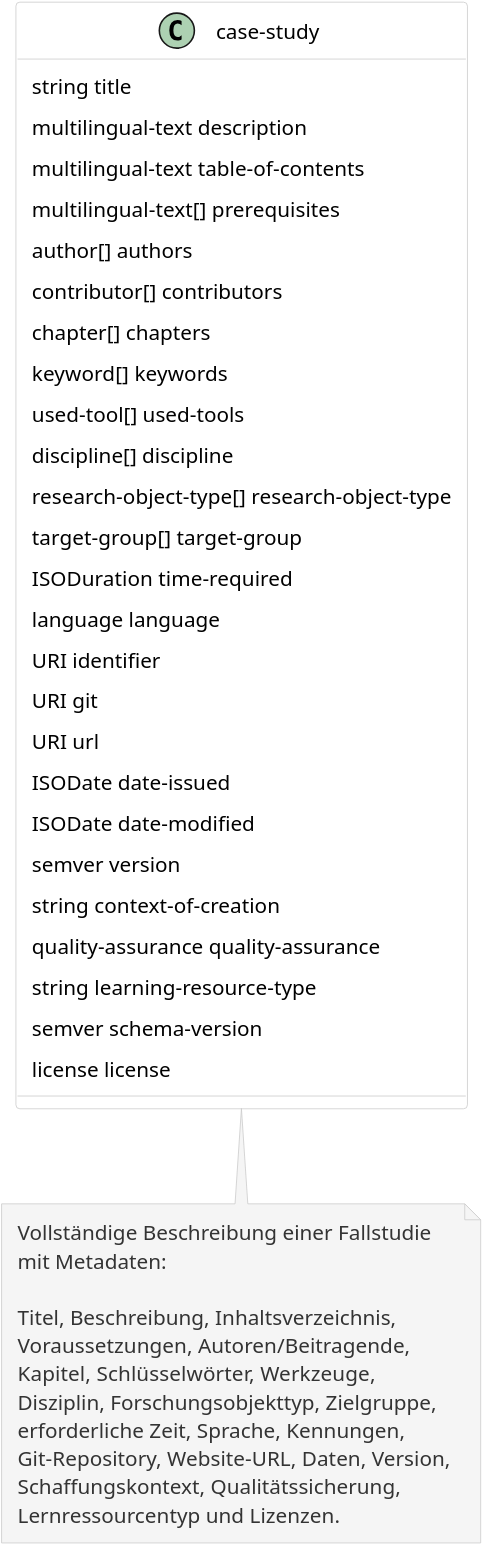
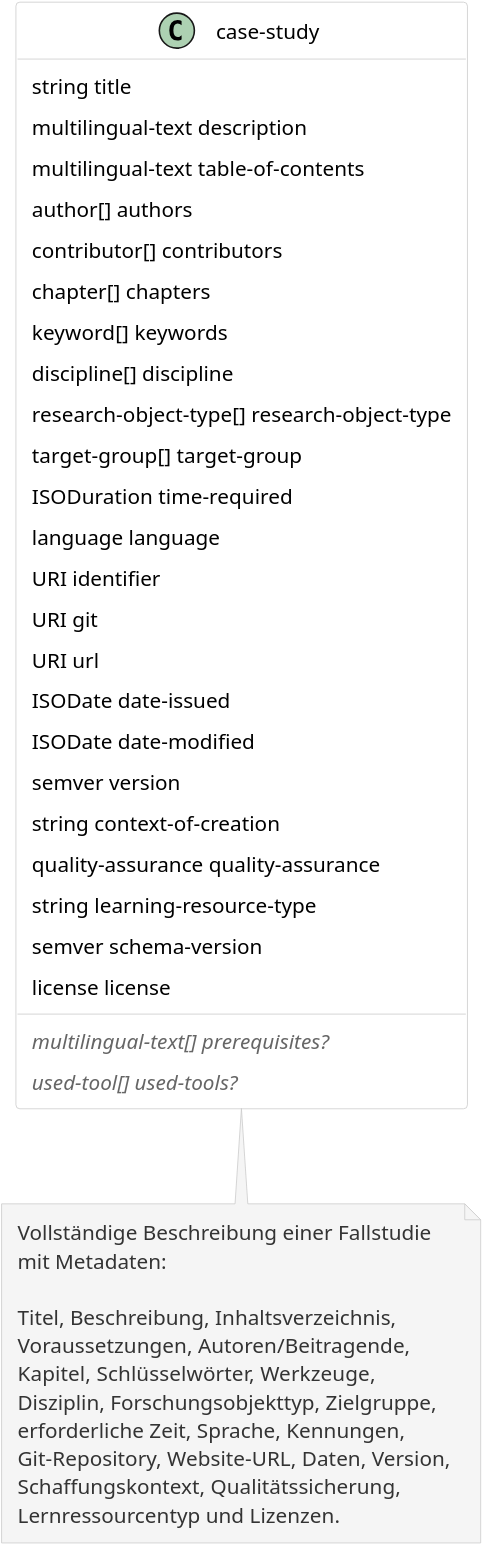
The diagram in diagrams/case-study.puml (quadriga-dk/quadriga-schema), drawn with PlantUML before and after one commit. The commit also changed 15 other files, not shown here.

Commit message:
fix: Update diagrams to correctly reflect v1

```diff
--- a/diagrams/case-study.puml
+++ b/diagrams/case-study.puml
@@ -1,63 +1,64 @@
 @startuml case-study
 scale 3
 skinparam dpi 300
 skinparam classAttributeIconSize 0
 skinparam backgroundColor transparent
 skinparam classFontSize 14
 skinparam classAttributeFontSize 13
 skinparam padding 4
 skinparam class {
   BackgroundColor white
   BorderColor #cccccc
   AttributeFontColor #000000
 }
 skinparam note {
   BackgroundColor #f5f5f5
   BorderColor #cccccc
   FontColor #333333
 }
 
 
 class "case-study" {
   string title
   multilingual-text description
   multilingual-text table-of-contents
-  multilingual-text[] prerequisites
   author[] authors
   contributor[] contributors
   chapter[] chapters
   keyword[] keywords
-  used-tool[] used-tools
   discipline[] discipline
   research-object-type[] research-object-type
   target-group[] target-group
   ISODuration time-required
   language language
   URI identifier
   URI git
   URI url
   ISODate date-issued
   ISODate date-modified
   semver version
   string context-of-creation
   quality-assurance quality-assurance
   string learning-resource-type
   semver schema-version
   license license
+  __
+  <i><color:#666666>multilingual-text[] prerequisites?</color></i>
+  <i><color:#666666>used-tool[] used-tools?</color></i>
 }
 
 note bottom of "case-study"
   Vollständige Beschreibung einer Fallstudie
   mit Metadaten:
   
   Titel, Beschreibung, Inhaltsverzeichnis,
   Voraussetzungen, Autoren/Beitragende,
   Kapitel, Schlüsselwörter, Werkzeuge,
   Disziplin, Forschungsobjekttyp, Zielgruppe,
   erforderliche Zeit, Sprache, Kennungen,
   Git-Repository, Website-URL, Daten, Version,
   Schaffungskontext, Qualitätssicherung,
   Lernressourcentyp und Lizenzen.
 end note
 
 @enduml
```
